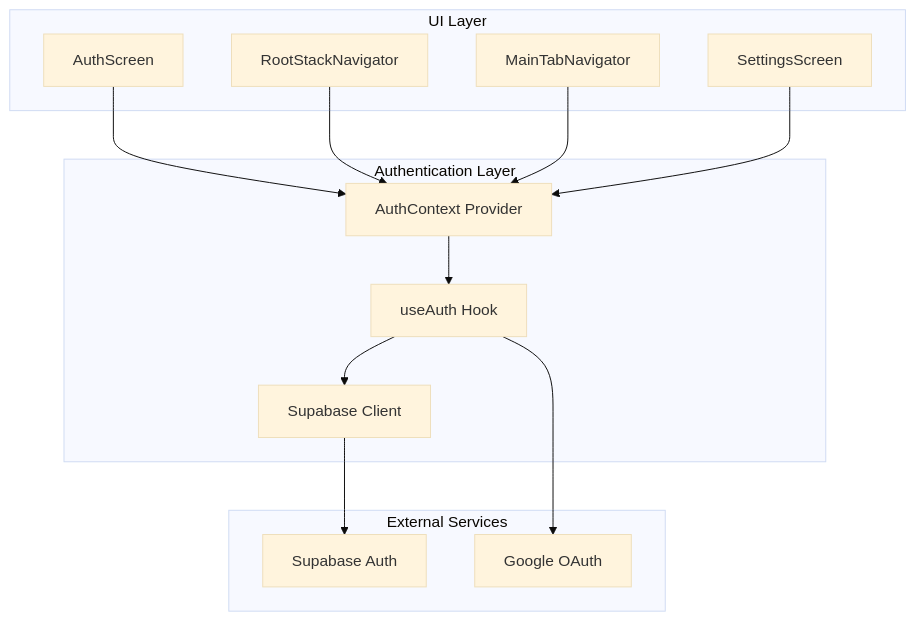
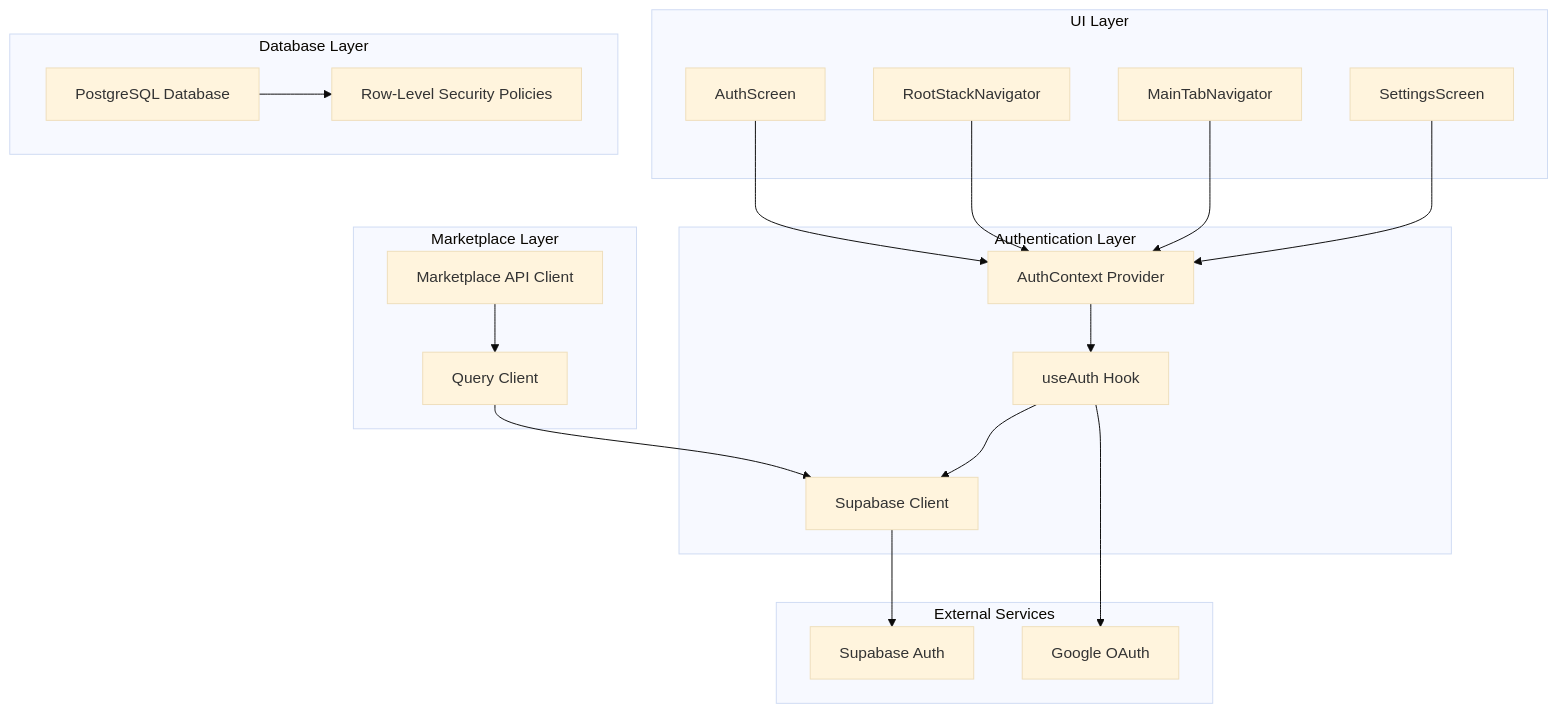
The first of 12 diagrams in .qoder/repowiki/en/content/User Management/Authentication System.md (hunglevi87/Hidden-Gem), drawn with Mermaid (base theme) before and after one commit. The commit also changed other lines of this file and 5 other files, not shown here.

````diff
--- a/.qoder/repowiki/en/content/User Management/Authentication System.md
+++ b/.qoder/repowiki/en/content/User Management/Authentication System.md
@@ -42,26 +65,37 @@
 ```mermaid
 graph TB
 subgraph "Authentication Layer"
 AC[AuthContext Provider]
 UA[useAuth Hook]
 SB[Supabase Client]
 end
 subgraph "UI Layer"
 AS[AuthScreen]
 RS[RootStackNavigator]
 MTN[MainTabNavigator]
 SS[SettingsScreen]
 end
+subgraph "Marketplace Layer"
+MP[Marketplace API Client]
+QC[Query Client]
+end
+subgraph "Database Layer"
+DB[PostgreSQL Database]
+RLS[Row-Level Security Policies]
+end
 subgraph "External Services"
 SUP[Supabase Auth]
 GOOGLE[Google OAuth]
 end
 AC --> UA
 UA --> SB
 AS --> AC
 RS --> AC
 MTN --> AC
 SS --> AC
+MP --> QC
+QC --> SB
 SB --> SUP
 UA --> GOOGLE
+DB --> RLS
 ```
````
